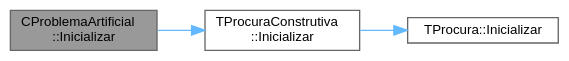
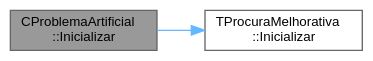
The diagram in classCProblemaArtificial_ac823cf847edbe9f32fb4cd2e2c462d10_cgraph.dot (jcoelho72/TProcura), drawn with Graphviz before and after one commit. The commit also changed 161 other files, not shown here.

```diff
--- a/classCProblemaArtificial_ac823cf847edbe9f32fb4cd2e2c462d10_cgraph.dot
+++ b/classCProblemaArtificial_ac823cf847edbe9f32fb4cd2e2c462d10_cgraph.dot
@@ -1,13 +1,11 @@
 digraph "CProblemaArtificial::Inicializar"
 {
  // LATEX_PDF_SIZE
   bgcolor="transparent";
   edge [fontname=Helvetica,fontsize=10,labelfontname=Helvetica,labelfontsize=10];
   node [fontname=Helvetica,fontsize=10,shape=box,height=0.2,width=0.4];
   rankdir="LR";
   Node1 [id="Node000001",label="CProblemaArtificial\l::Inicializar",height=0.2,width=0.4,color="gray40", fillcolor="grey60", style="filled", fontcolor="black",tooltip="Coloca o objecto no estado inicial da procura."];
   Node1 -> Node2 [id="edge1_Node000001_Node000002",color="steelblue1",style="solid",tooltip=" "];
-  Node2 [id="Node000002",label="TProcuraConstrutiva\l::Inicializar",height=0.2,width=0.4,color="grey40", fillcolor="white", style="filled",URL="$group__RedefinicaoMandatoria.html#ga2eabd047192d429686aeadf549136d44",tooltip="Coloca o objecto no estado inicial da procura."];
-  Node2 -> Node3 [id="edge2_Node000002_Node000003",color="steelblue1",style="solid",tooltip=" "];
-  Node3 [id="Node000003",label="TProcura::Inicializar",height=0.2,width=0.4,color="grey40", fillcolor="white", style="filled",URL="$classTProcura.html#a1af0e64ed79d99972d8d48fadf839f43",tooltip="Coloca o objecto no estado inicial da procura."];
+  Node2 [id="Node000002",label="TProcuraMelhorativa\l::Inicializar",height=0.2,width=0.4,color="grey40", fillcolor="white", style="filled",URL="$classTProcuraMelhorativa.html#a72a59b4afbcd7b1f7ea65e4d2cff1a1b",tooltip="Inicializar a instância. No final, chamar NovaSolucao() para inicializar o estado."];
 }
```
